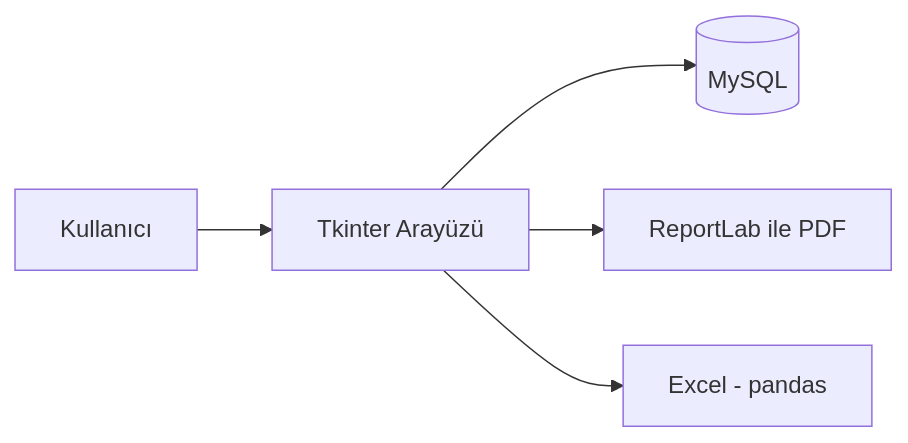
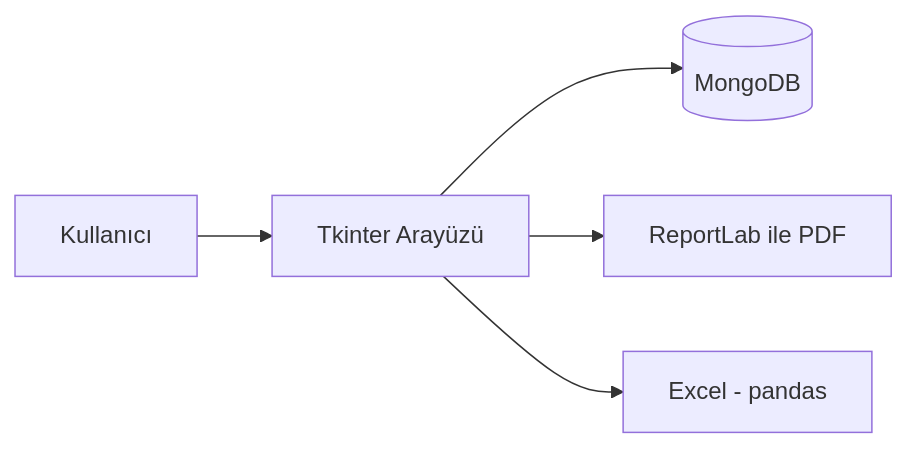
The diagram in README.md (CaptainGM/sinav-oturma-plani-sistemi), drawn with Mermaid before and after one commit. The commit also changed other lines of this file and 23 other files, not shown here.

````diff
--- a/README.md
+++ b/README.md
@@ -13,7 +15,7 @@
 ```mermaid
 flowchart LR
     U[Kullanıcı] --> UI[Tkinter Arayüzü]
-    UI --> DB[(MySQL)]
+    UI --> DB[(MongoDB)]
     UI --> PDF[ReportLab ile PDF]
     UI --> XLS[Excel - pandas]
 ```
````
